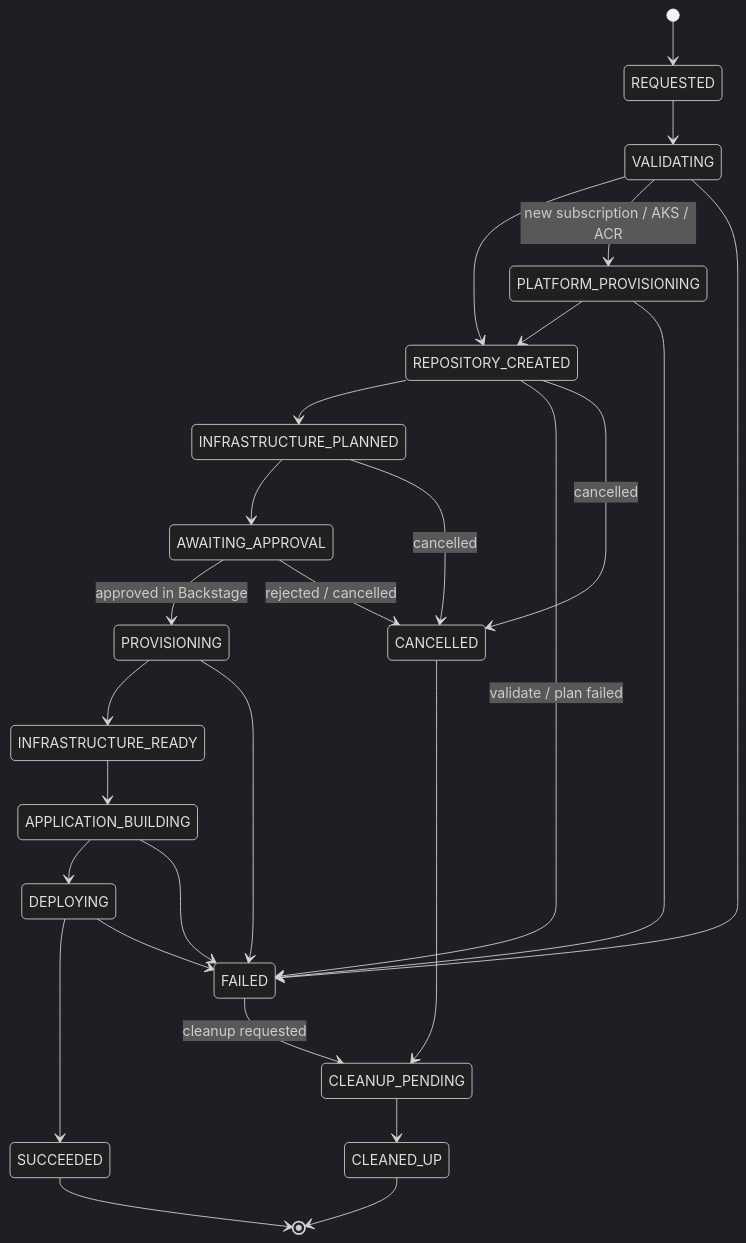
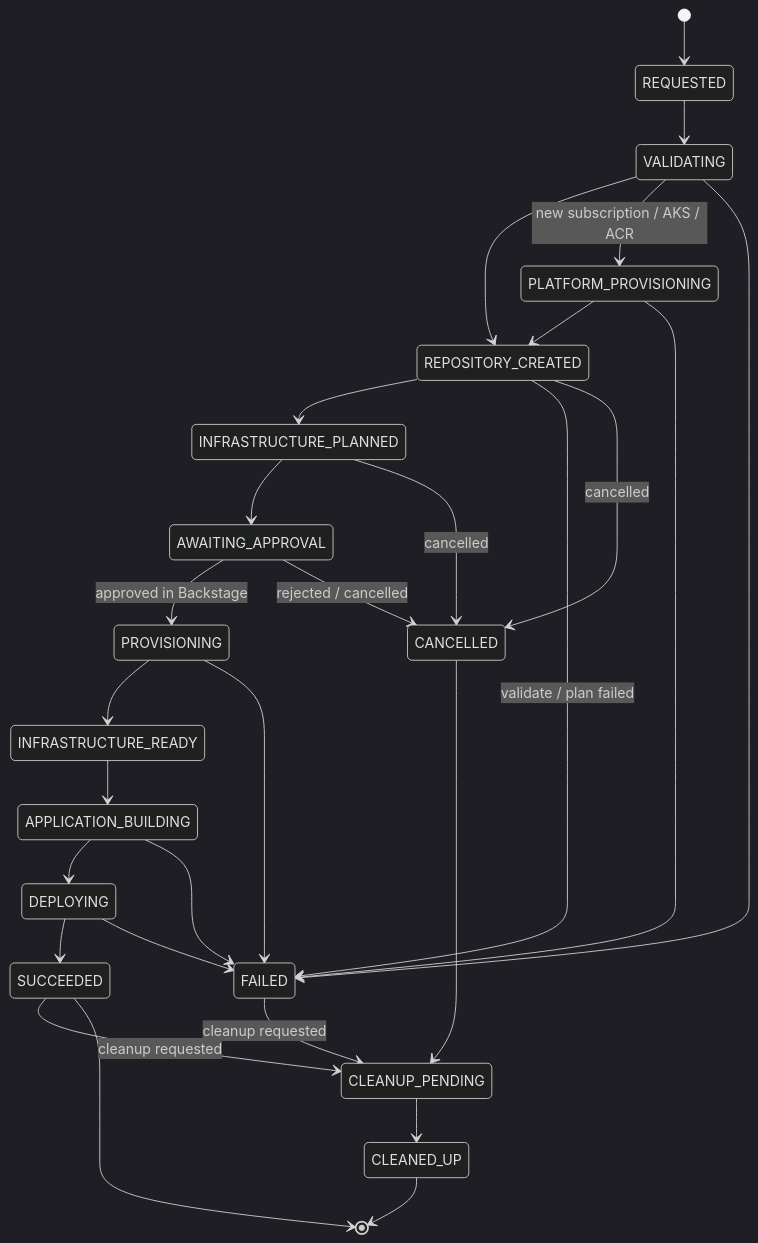
The second of 2 diagrams in README.md (nixvarghese01/azure-backstage-goldenpath), drawn with Mermaid (dark theme) before and after one commit. The commit also changed other lines of this file and 11 other files, not shown here.

````diff
--- a/README.md
+++ b/README.md
@@ -297,29 +297,30 @@
 ```mermaid
 stateDiagram-v2
     [*] --> REQUESTED
     REQUESTED --> VALIDATING
     VALIDATING --> REPOSITORY_CREATED
     VALIDATING --> PLATFORM_PROVISIONING : new subscription / AKS / ACR
     PLATFORM_PROVISIONING --> REPOSITORY_CREATED
     PLATFORM_PROVISIONING --> FAILED
     VALIDATING --> FAILED
     REPOSITORY_CREATED --> INFRASTRUCTURE_PLANNED
     REPOSITORY_CREATED --> FAILED : validate / plan failed
     REPOSITORY_CREATED --> CANCELLED : cancelled
     INFRASTRUCTURE_PLANNED --> AWAITING_APPROVAL
     INFRASTRUCTURE_PLANNED --> CANCELLED : cancelled
     AWAITING_APPROVAL --> PROVISIONING : approved in Backstage
     AWAITING_APPROVAL --> CANCELLED : rejected / cancelled
     PROVISIONING --> INFRASTRUCTURE_READY
     PROVISIONING --> FAILED
     INFRASTRUCTURE_READY --> APPLICATION_BUILDING
     APPLICATION_BUILDING --> DEPLOYING
     APPLICATION_BUILDING --> FAILED
     DEPLOYING --> SUCCEEDED
     DEPLOYING --> FAILED
     FAILED --> CLEANUP_PENDING : cleanup requested
     CANCELLED --> CLEANUP_PENDING
     CLEANUP_PENDING --> CLEANED_UP
+    SUCCEEDED --> CLEANUP_PENDING : cleanup requested
     SUCCEEDED --> [*]
     CLEANED_UP --> [*]
 ```
````
